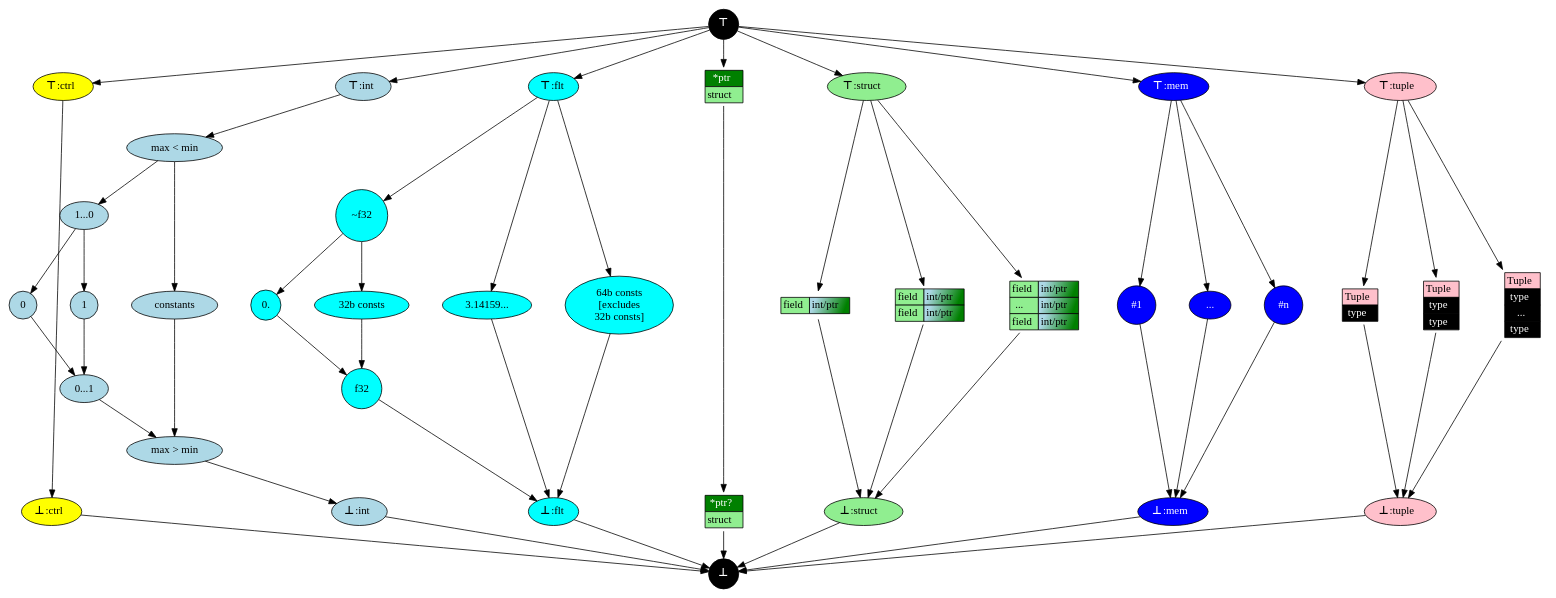
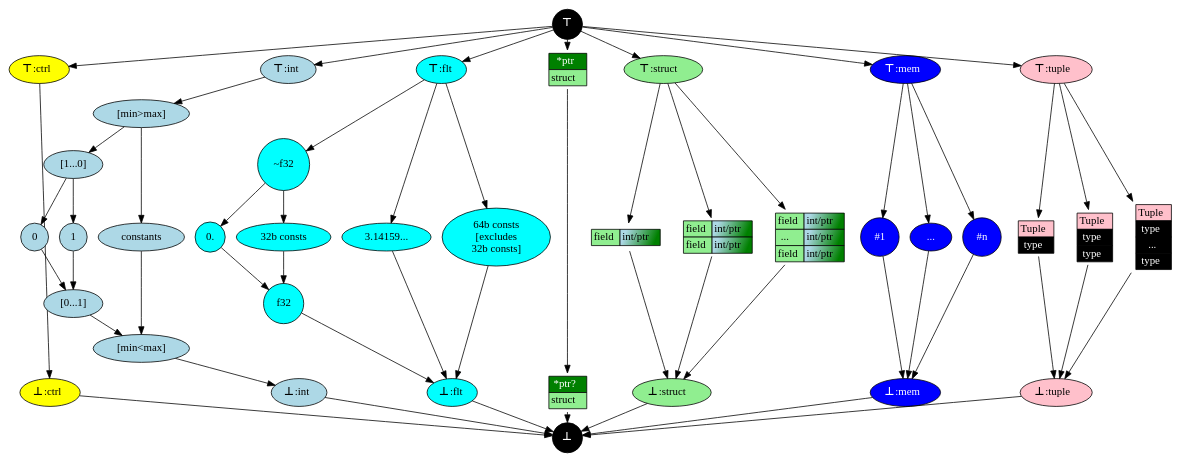
One commit to SeaOfNodes/Simple changed the diagram in chapter18/docs/lattice.gv. Above: the diagram before and after it, drawn with Graphviz. The commit also changed 50 other files, not shown here.

```diff
--- a/chapter18/docs/lattice.gv
+++ b/chapter18/docs/lattice.gv
@@ -3,7 +3,8 @@
     // Define nodes
     splines=false;
     node [shape=circle, style=filled];
-    nodesep=0.6;
+    nodesep=0.2;
+    ranksep=0.2;
 
     TOP [label=<<B>⊤</B >>, fillcolor=black, fontcolor=white];
     BOT [label=<<B>⊥</B>>, fillcolor=black, fontcolor=white];
@@ -22,13 +23,13 @@
     INT_TOP [label=<<B>⊤</B >:int>, fillcolor=lightblue, shape=oval];
     INT_BOT [label=<<B>⊥</B>:int>, fillcolor=lightblue, shape=oval];
 
-    INT_HI    [label="max < min" , fillcolor=lightblue, shape=oval];
-    INT_XBOOL [label="1...0", fillcolor=lightblue, shape=oval];
+    INT_HI    [label="[min>max]" , fillcolor=lightblue, shape=oval];
+    INT_XBOOL [label="[1...0]", fillcolor=lightblue, shape=oval];
     INT_CON   [label="constants", fillcolor=lightblue, shape=oval];
     INT_CON0  [label="0", fillcolor=lightblue];
     INT_CON1  [label="1", fillcolor=lightblue];
-    INT_BOOL  [label="0...1", fillcolor=lightblue,shape=oval];
-    INT_LO    [label="max > min" , fillcolor=lightblue, shape=oval];
+    INT_BOOL  [label="[0...1]", fillcolor=lightblue,shape=oval];
+    INT_LO    [label="[min<max]" , fillcolor=lightblue, shape=oval];
 
     TOP        -> INT_TOP;
     INT_TOP    -> INT_HI;
```
